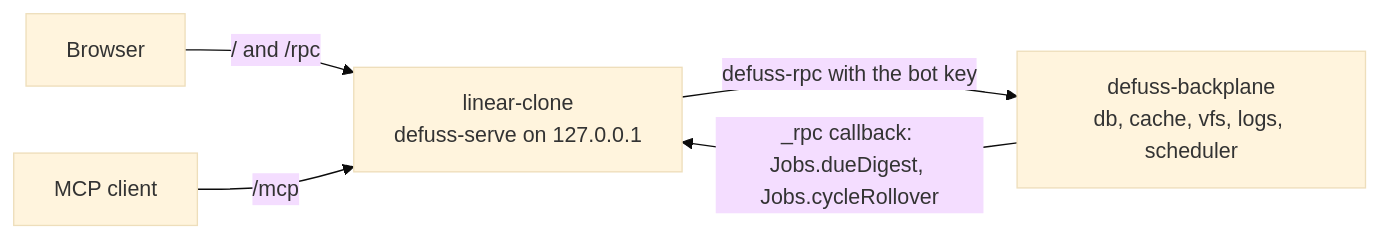
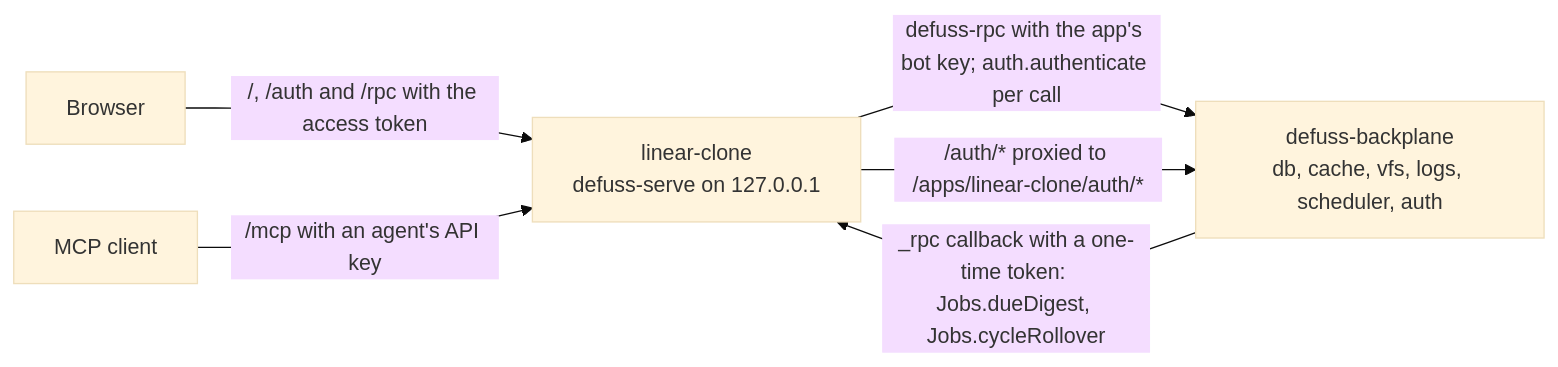
One commit to kyr0/defuss-backplane changed the diagram in examples/linear-clone/ARCH.md. Above: the diagram before and after it, drawn with Mermaid (base theme). The commit also changed other lines of this file and 31 other files, not shown here.

First line of the commit message:
linear-clone: sign-in and API keys through the backplane

````diff
--- a/examples/linear-clone/ARCH.md
+++ b/examples/linear-clone/ARCH.md
@@ -9,7 +9,8 @@
 ```mermaid
 flowchart LR
-  B[Browser] -- "/ and /rpc" --> A[linear-clone<br/>defuss-serve on 127.0.0.1]
-  M[MCP client] -- "/mcp" --> A
-  A -- "defuss-rpc with the bot key" --> P[defuss-backplane<br/>db, cache, vfs, logs, scheduler]
-  P -- "_rpc callback: Jobs.dueDigest, Jobs.cycleRollover" --> A
+  B[Browser] -- "/, /auth and /rpc with the access token" --> A[linear-clone<br/>defuss-serve on 127.0.0.1]
+  M[MCP client] -- "/mcp with an agent's API key" --> A
+  A -- "defuss-rpc with the app's bot key; auth.authenticate per call" --> P[defuss-backplane<br/>db, cache, vfs, logs, scheduler, auth]
+  A -- "/auth/* proxied to /apps/linear-clone/auth/*" --> P
+  P -- "_rpc callback with a one-time token: Jobs.dueDigest, Jobs.cycleRollover" --> A
 ```
````
